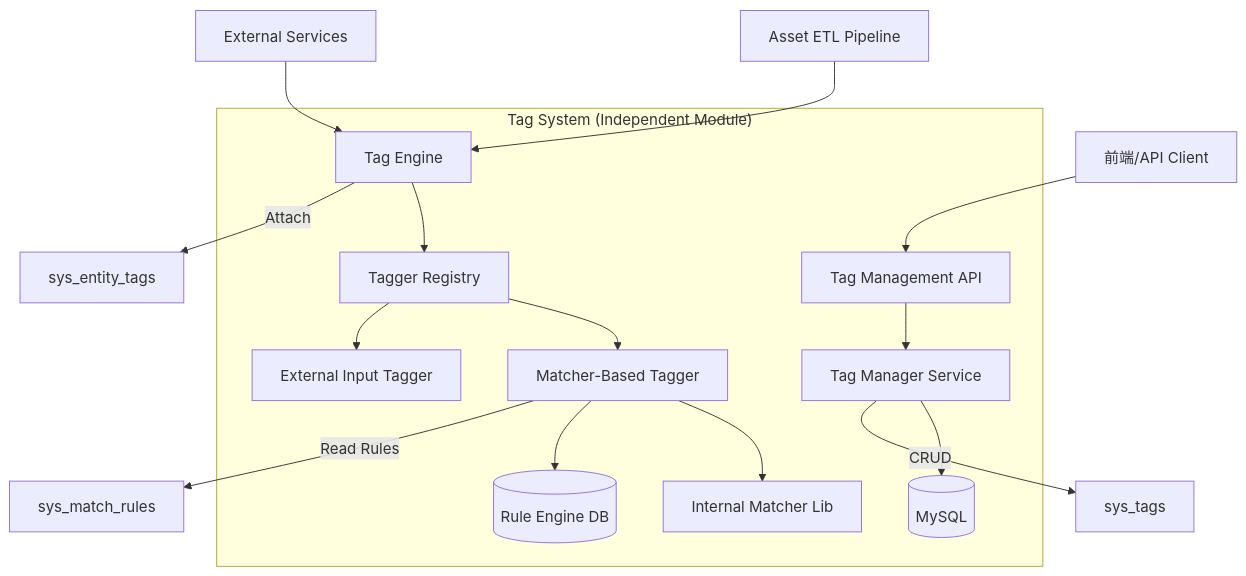
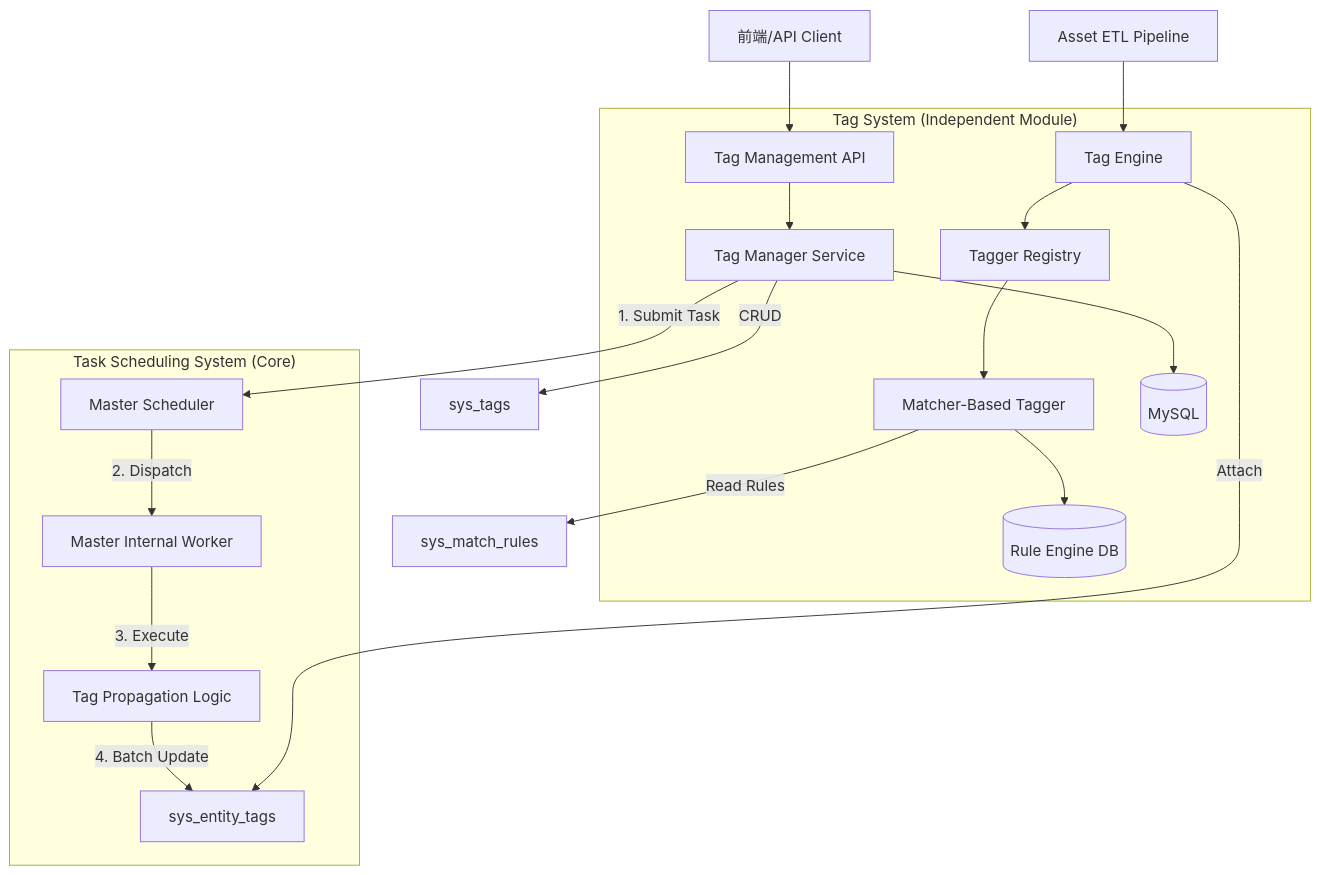
The diagram in neoMaster/docs/TagSystem/DESIGN_TagSystem.md (sun977/NeoScan), drawn with Mermaid before and after one commit. The commit also changed other lines of this file, not shown here.

First line of the commit message:
docs(TagSystem): 更新标签系统设计文档以反映任务调度集成

````diff
--- a/neoMaster/docs/TagSystem/DESIGN_TagSystem.md
+++ b/neoMaster/docs/TagSystem/DESIGN_TagSystem.md
@@ -9,22 +10,26 @@
 ```mermaid
 graph TD
     Client[前端/API Client] --> TagAPI[Tag Management API]
     AssetETL[Asset ETL Pipeline] --> TagEngine[Tag Engine]
-    ExternalSvc[External Services] --> TagEngine
     
     subgraph "Tag System (Independent Module)"
         TagAPI --> TagMgr[Tag Manager Service]
         TagEngine --> TaggerRegistry[Tagger Registry]
         
         TaggerRegistry --> MatcherTagger[Matcher-Based Tagger]
-        TaggerRegistry --> ExternalTagger[External Input Tagger]
         
         TagMgr --> DB[(MySQL)]
-        MatcherTagger --> MatcherLib[Internal Matcher Lib]
         MatcherTagger --> RuleDB[(Rule Engine DB)]
+    end
+    
+    subgraph "Task Scheduling System (Core)"
+        TagMgr -- 1. Submit Task --> TaskScheduler[Master Scheduler]
+        TaskScheduler -- 2. Dispatch --> InternalWorker[Master Internal Worker]
+        InternalWorker -- 3. Execute --> TagPropagator[Tag Propagation Logic]
+        TagPropagator -- 4. Batch Update --> SysEntityTags
     end
     
     TagMgr -- CRUD --> SysTags[sys_tags]
     MatcherTagger -- Read Rules --> SysMatchRules[sys_match_rules]
     TagEngine -- Attach --> SysEntityTags[sys_entity_tags]
 ```
````
